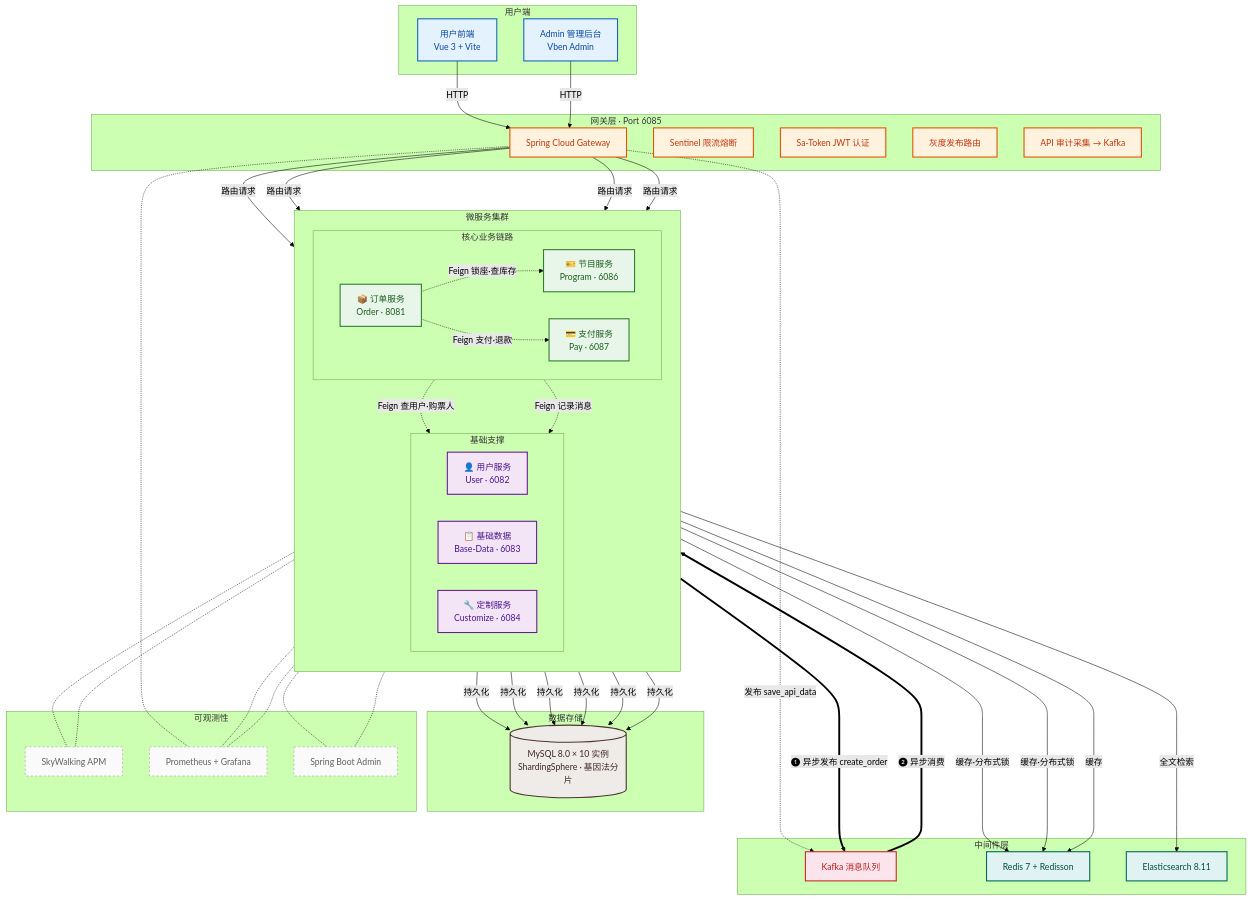
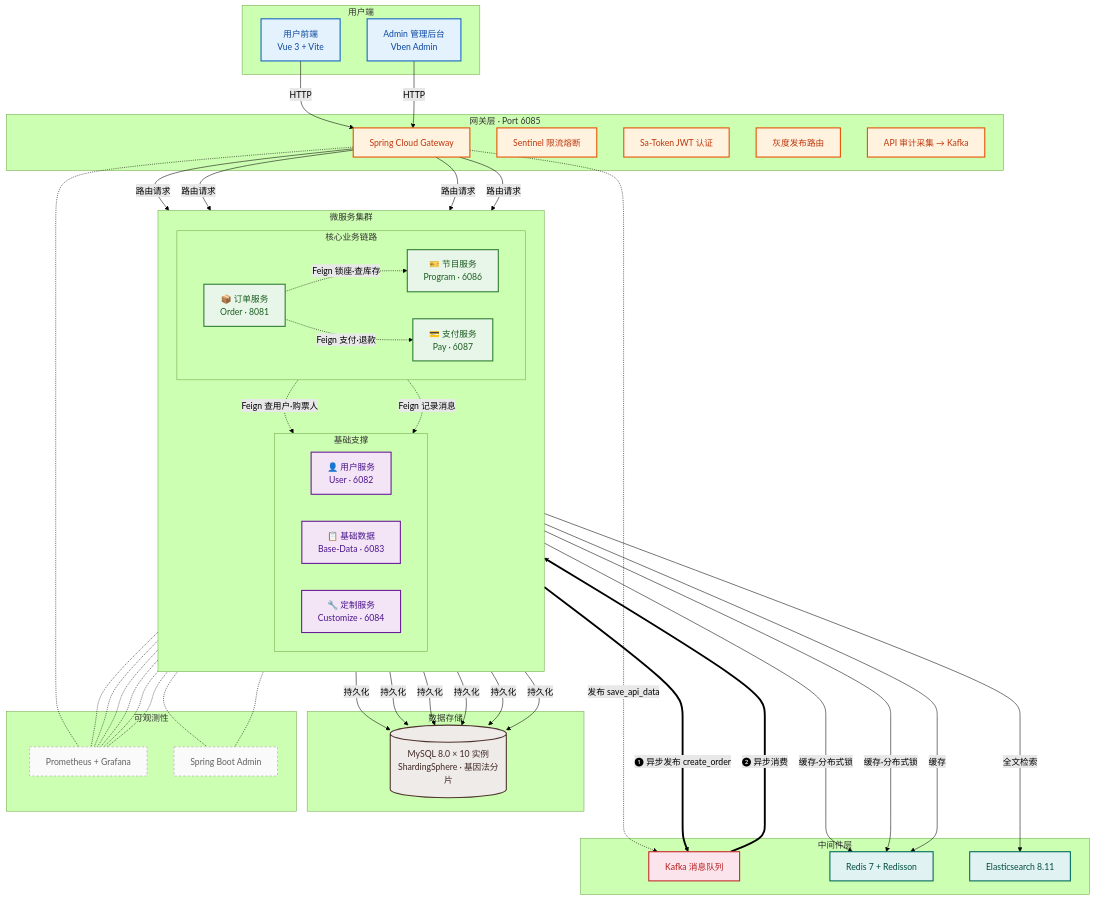
One commit to zhentaozhang/ticketflow changed the second of 3 diagrams in README.md. Above: the diagram before and after it, drawn with Mermaid (forest theme). The commit also changed other lines of this file and 11 other files, not shown here.

````diff
--- a/README.md
+++ b/README.md
@@ -190,7 +191,6 @@
 
     %% ==================== 可观测性 ====================
     subgraph Observability[可观测性]
-        SK[SkyWalking APM]:::monitor
         PG[Prometheus + Grafana]:::monitor
         BA[Spring Boot Admin]:::monitor
     end
@@ -219,7 +219,6 @@
     
     PS & OS & PAS & US & BS & CS --> |持久化| DB
     
-    PS & OS -.- SK
-    GW & PS & OS -.- PG
+    GW & PS & OS & PAS & US & BS & CS -.- PG
     PS & OS -.- BA
 ```
````
